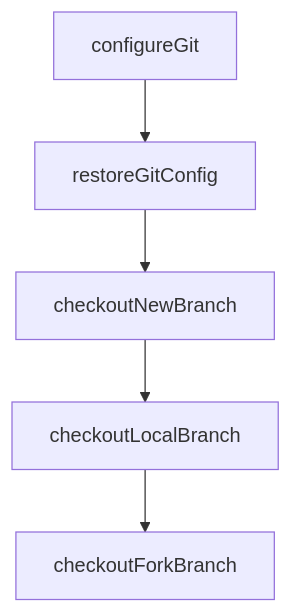
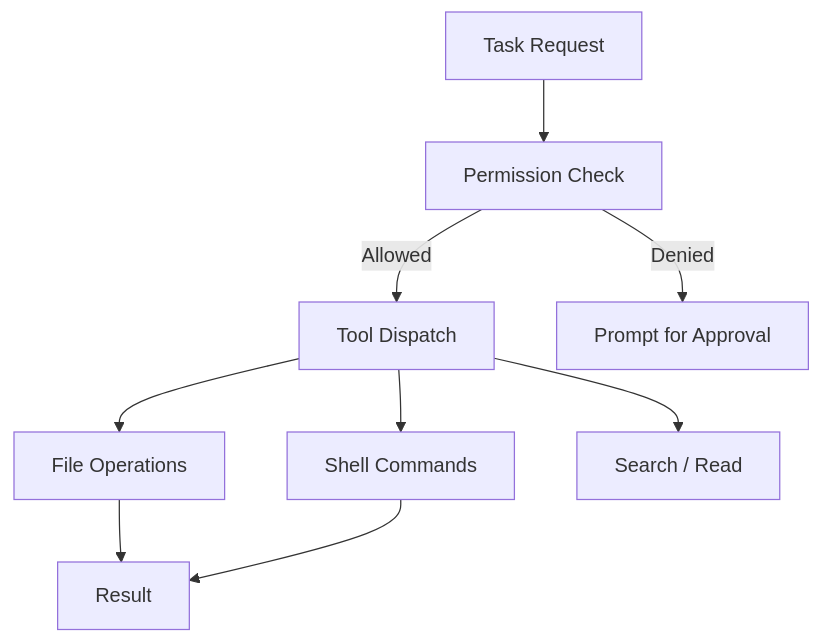
Before and after one commit to johnxie/awesome-code-docs: the diagram in tutorials/opencode-tutorial/04-tools-permissions-and-execution.md, drawn with Mermaid. The commit also changed other lines of this file and 1232 other files, not shown here.

````diff
--- a/tutorials/opencode-tutorial/04-tools-permissions-and-execution.md
+++ b/tutorials/opencode-tutorial/04-tools-permissions-and-execution.md
@@ -221,12 +53,11 @@
 ```mermaid
 flowchart TD
-    A[configureGit]
-    B[restoreGitConfig]
-    C[checkoutNewBranch]
-    D[checkoutLocalBranch]
-    E[checkoutForkBranch]
-    A --> B
-    B --> C
-    C --> D
-    D --> E
+    A[Task Request] --> B[Permission Check]
+    B -->|Allowed| C[Tool Dispatch]
+    B -->|Denied| D[Prompt for Approval]
+    C --> E[File Operations]
+    C --> F[Shell Commands]
+    C --> G[Search / Read]
+    E --> H[Result]
+    F --> H
 ```
````
